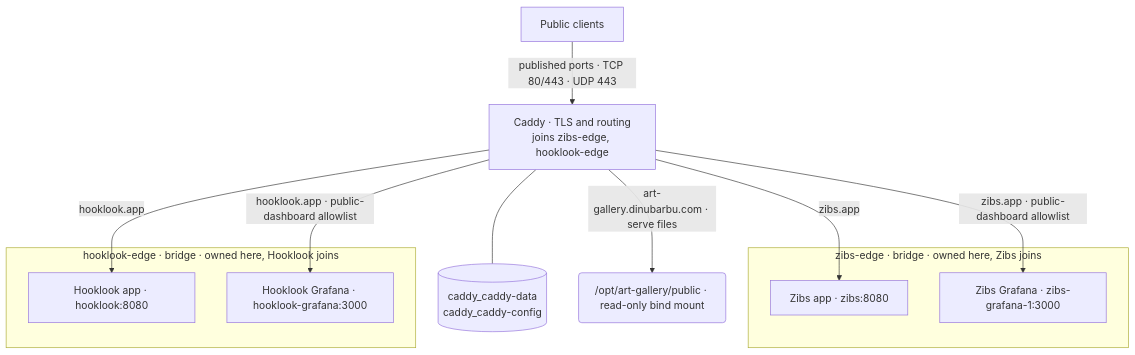
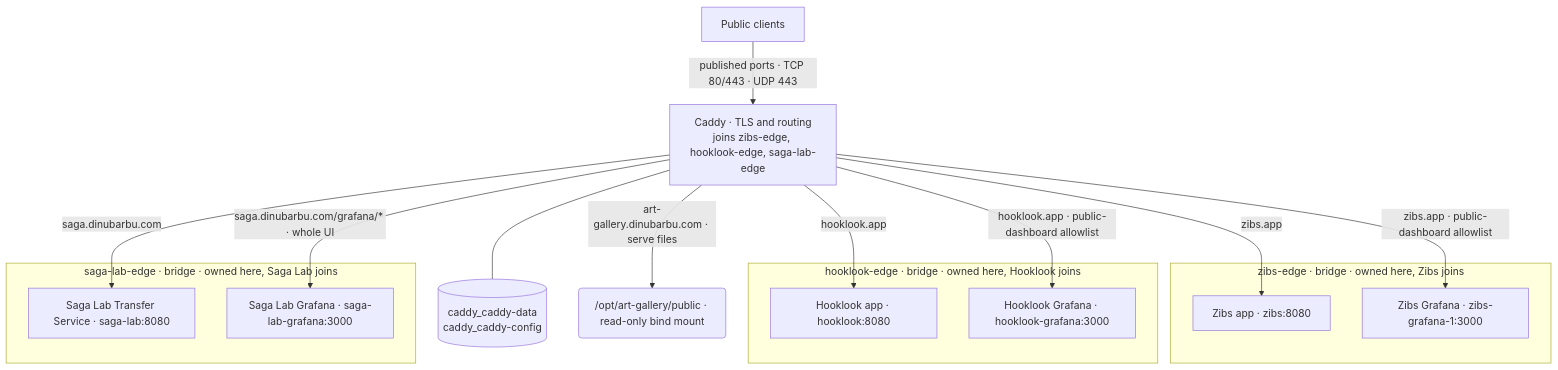
The first of 2 diagrams in docs/topology.md (dvinubius/hetzner-one), drawn with Mermaid before and after one commit. The commit also changed other lines of this file and 8 other files, not shown here.

First line of the commit message:
Route saga.dinubarbu.com to Saga Lab and own its edge network

````diff
--- a/docs/topology.md
+++ b/docs/topology.md
@@ -15,26 +16,33 @@
 ```mermaid
 flowchart TD
     public["Public clients"] -->|"published ports · TCP 80/443 · UDP 443"| caddy
 
-    caddy["Caddy · TLS and routing<br/>joins zibs-edge, hooklook-edge"]
+    caddy["Caddy · TLS and routing<br/>joins zibs-edge, hooklook-edge, saga-lab-edge"]
     certificates[("caddy_caddy-data<br/>caddy_caddy-config")]
     gallery("/opt/art-gallery/public · read-only bind mount")
     
     caddy --- certificates
     caddy -->|"art-gallery.dinubarbu.com · serve files"| gallery
 
     subgraph zibsEdge["zibs-edge · bridge · owned here, Zibs joins"]
         zibs["Zibs app · zibs:8080"]
         dashboard["Zibs Grafana · zibs-grafana-1:3000"]
     end
 
     subgraph hooklookEdge["hooklook-edge · bridge · owned here, Hooklook joins"]
         hooklook["Hooklook app · hooklook:8080"]
         hooklookDashboard["Hooklook Grafana · hooklook-grafana:3000"]
     end
 
+    subgraph sagaEdge["saga-lab-edge · bridge · owned here, Saga Lab joins"]
+        saga["Saga Lab Transfer Service · saga-lab:8080"]
+        sagaDashboard["Saga Lab Grafana · saga-lab-grafana:3000"]
+    end
+
     caddy -->|"zibs.app"| zibs
     caddy -->|"zibs.app · public-dashboard allowlist"| dashboard
     caddy -->|"hooklook.app"| hooklook
     caddy -->|"hooklook.app · public-dashboard allowlist"| hooklookDashboard
+    caddy -->|"saga.dinubarbu.com"| saga
+    caddy -->|"saga.dinubarbu.com/grafana/* · whole UI"| sagaDashboard
 ```
````
